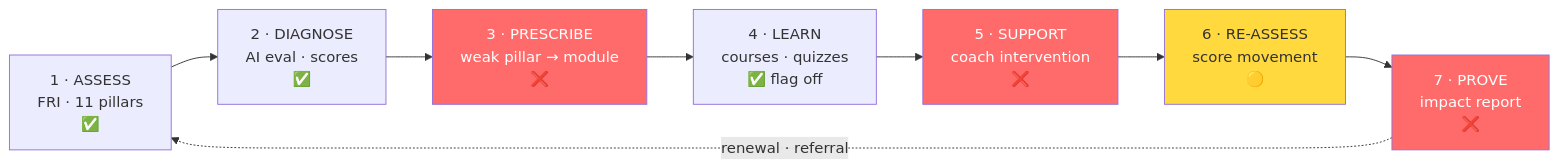
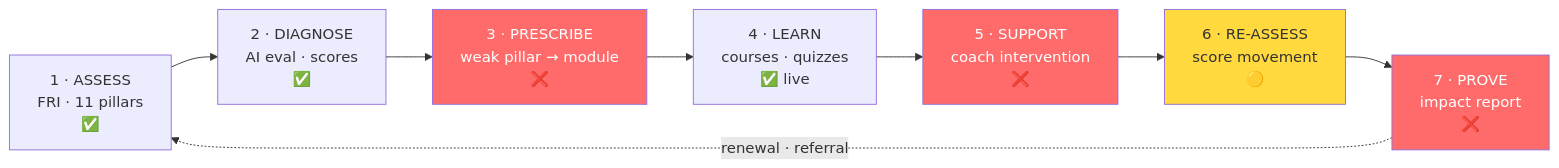
The first of 2 diagrams in docs/roadmap.md (murad-asaad19/BVisionRY-be-v2), drawn with Mermaid before and after one commit. The commit also changed other lines of this file and 1 other file, not shown here.

First line of the commit message:
docs: reconcile roadmap and decision log against the validated trees

````diff
--- a/docs/roadmap.md
+++ b/docs/roadmap.md
@@ -153,14 +168,14 @@
 ```mermaid
 flowchart LR
     A["1 · ASSESS<br/>FRI · 11 pillars<br/>✅"] --> B["2 · DIAGNOSE<br/>AI eval · scores<br/>✅"]
     B --> C["3 · PRESCRIBE<br/>weak pillar → module<br/>❌"]
-    C --> D["4 · LEARN<br/>courses · quizzes<br/>✅ flag off"]
+    C --> D["4 · LEARN<br/>courses · quizzes<br/>✅ live"]
     D --> E["5 · SUPPORT<br/>coach intervention<br/>❌"]
     E --> F["6 · RE-ASSESS<br/>score movement<br/>🟡"]
     F --> G["7 · PROVE<br/>impact report<br/>❌"]
     G -.->|"renewal · referral"| A
     style C fill:#ff6b6b,color:#fff
     style E fill:#ff6b6b,color:#fff
     style G fill:#ff6b6b,color:#fff
     style F fill:#ffd93d
 ```
````
